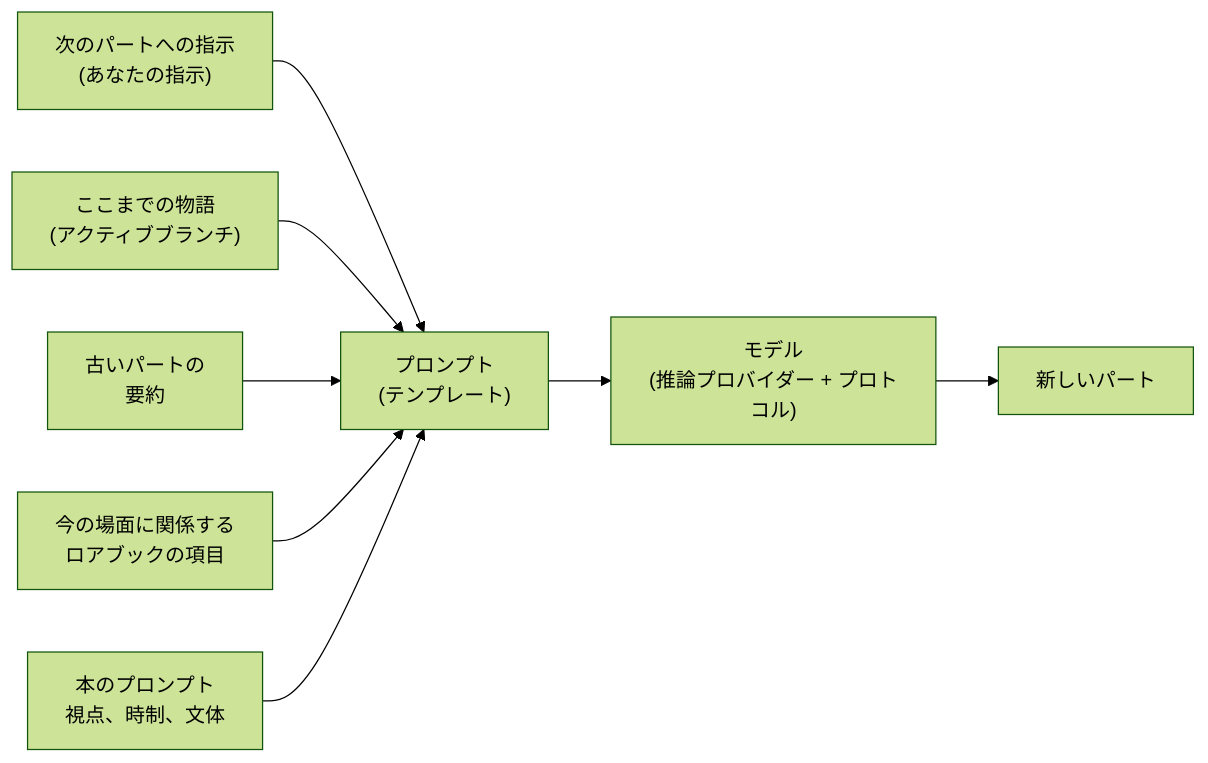
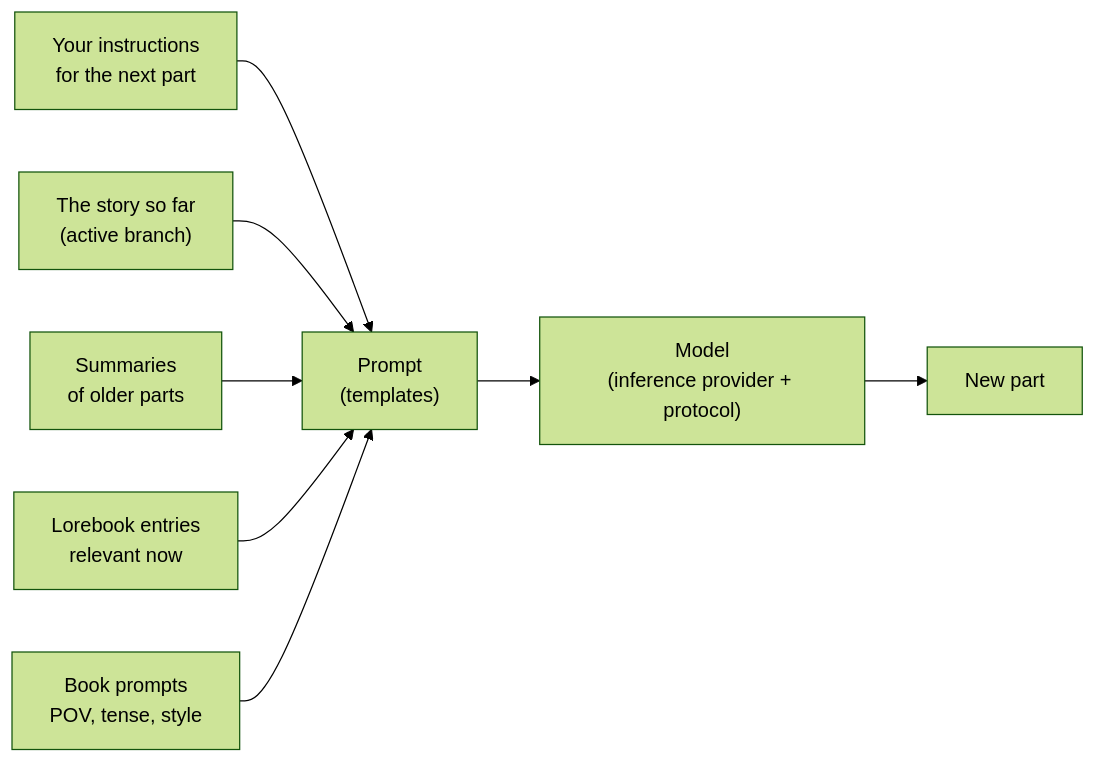
One commit to Enerccio/Marginalia changed the diagram in translations/ja/user/index.md. Above: the diagram before and after it, drawn with Mermaid (forest theme). The commit also changed other lines of this file and 197 other files, not shown here.

````diff
--- a/translations/ja/user/index.md
+++ b/translations/ja/user/index.md
@@ -20,10 +20,10 @@
 ```mermaid
 flowchart LR
-    instr["次のパートへの指示<br/>(あなたの指示)"] --> prompt
-    story["ここまでの物語<br/>(アクティブブランチ)"] --> prompt
-    sum["古いパートの<br/>要約"] --> prompt
-    lore["今の場面に関係する<br/>ロアブックの項目"] --> prompt
-    \style["本のプロンプト<br/>視点、時制、文体"] --> prompt
-    prompt["プロンプト<br/>(テンプレート)"] --> model["モデル<br/>(推論プロバイダー + プロトコル)"]
-    model --> part["新しいパート"]
+    instr["Your instructions<br/>for the next part"] --> prompt
+    story["The story so far<br/>(active branch)"] --> prompt
+    sum["Summaries<br/>of older parts"] --> prompt
+    lore["Lorebook entries<br/>relevant now"] --> prompt
+    \style["Book prompts<br/>POV, tense, style"] --> prompt
+    prompt["Prompt<br/>(templates)"] --> model["Model<br/>(inference provider + protocol)"]
+    model --> part["New part"]
 ```
````
